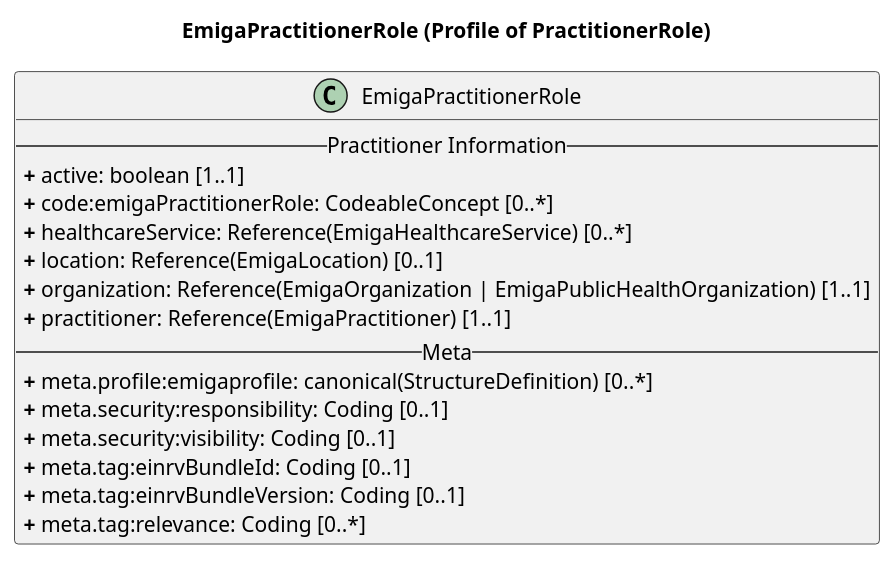
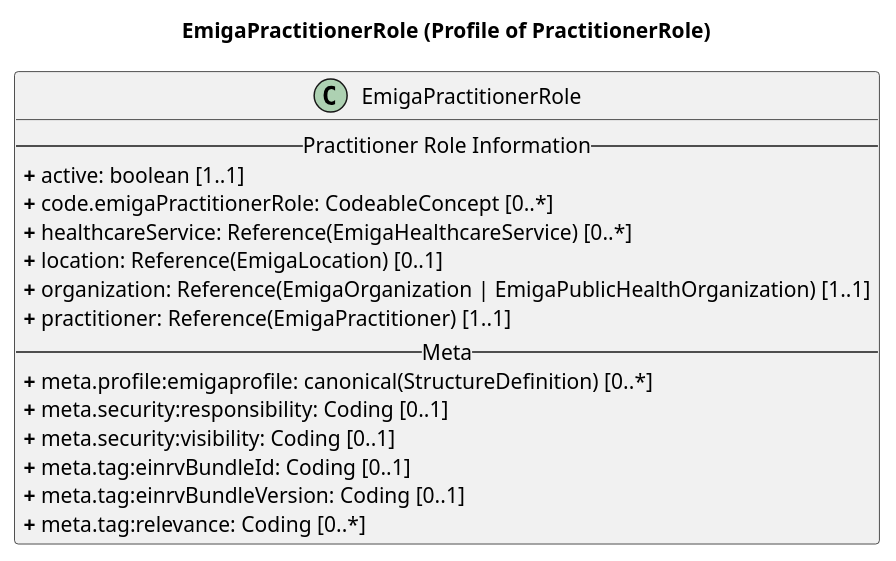
Before and after one commit to robert-koch-institut/rki.emiga.vzd: the diagram in rki.emiga.vzd/guides/implementationguides.vzd/PlantUML/PractitionerRole.puml, drawn with PlantUML. The commit also changed 18 other files, not shown here.

```diff
--- a/rki.emiga.vzd/guides/implementationguides.vzd/PlantUML/PractitionerRole.puml
+++ b/rki.emiga.vzd/guides/implementationguides.vzd/PlantUML/PractitionerRole.puml
@@ -1,24 +1,24 @@
 @startuml
 skinparam linetype ortho
  
 title EmigaPractitionerRole (Profile of PractitionerRole)
  
 ' Main Class
 class EmigaPractitionerRole{
--- Practitioner Information --
+-- Practitioner Role Information --
 <b>+</b> active: boolean [1..1]
-<b>+</b> code:emigaPractitionerRole: CodeableConcept [0..*]
+<b>+</b> code.emigaPractitionerRole: CodeableConcept [0..*]
 <b>+</b> healthcareService: Reference(EmigaHealthcareService) [0..*]
 <b>+</b> location: Reference(EmigaLocation) [0..1]
 <b>+</b> organization: Reference(EmigaOrganization | EmigaPublicHealthOrganization) [1..1]
 <b>+</b> practitioner: Reference(EmigaPractitioner) [1..1]
 -- Meta --
 <b>+</b> meta.profile:emigaprofile: canonical(StructureDefinition) [0..*]
 <b>+</b> meta.security:responsibility: Coding [0..1]
 <b>+</b> meta.security:visibility: Coding [0..1]
 <b>+</b> meta.tag:einrvBundleId: Coding [0..1]
 <b>+</b> meta.tag:einrvBundleVersion: Coding [0..1]
 <b>+</b> meta.tag:relevance: Coding [0..*]
 }
 
 @enduml
```
